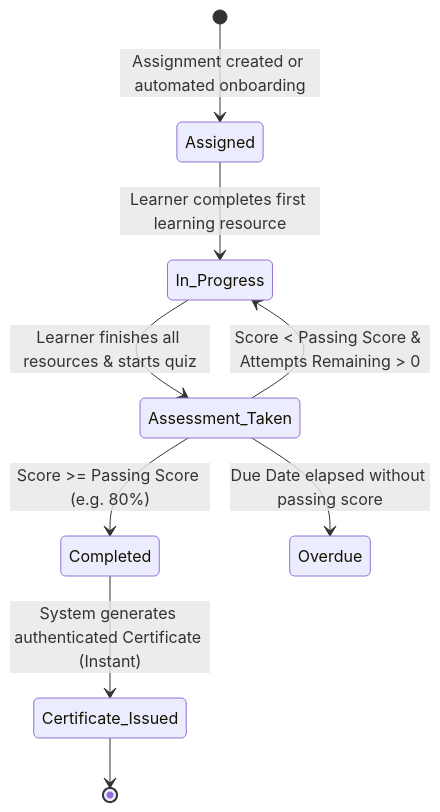
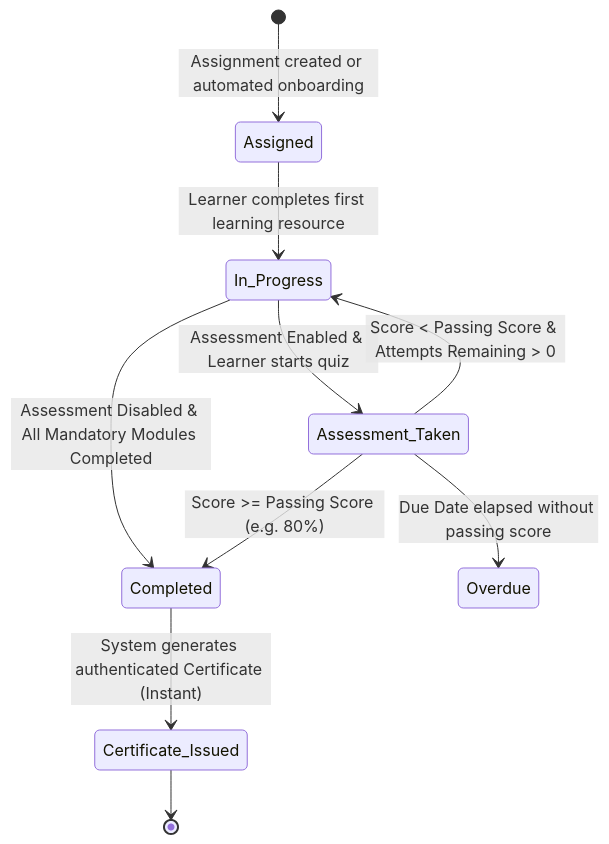
Before and after one commit to Tanishka2509/collabcrm-people-training-module: the diagram in docs/DEVELOPER_FLOW_AND_FIELD_SPECIFICATION.md, drawn with Mermaid. The commit also changed other lines of this file and 2 other files, not shown here.

Commit message:
feat: align actions column to far right in certificates, remove unlocked tag, and enforce assessment toggle off state on employee portal

````diff
--- a/docs/DEVELOPER_FLOW_AND_FIELD_SPECIFICATION.md
+++ b/docs/DEVELOPER_FLOW_AND_FIELD_SPECIFICATION.md
@@ -583,11 +583,12 @@
 ```mermaid
 stateDiagram-v2
     [*] --> Assigned: Assignment created or automated onboarding
     Assigned --> In_Progress: Learner completes first learning resource
-    In_Progress --> Assessment_Taken: Learner finishes all resources & starts quiz
+    In_Progress --> Assessment_Taken: Assessment Enabled & Learner starts quiz
+    In_Progress --> Completed: Assessment Disabled & All Mandatory Modules Completed
     Assessment_Taken --> Completed: Score >= Passing Score (e.g. 80%)
     Completed --> Certificate_Issued: System generates authenticated Certificate (Instant)
     Assessment_Taken --> In_Progress: Score < Passing Score & Attempts Remaining > 0
     Assessment_Taken --> Overdue: Due Date elapsed without passing score
     Certificate_Issued --> [*]
 ```
````
